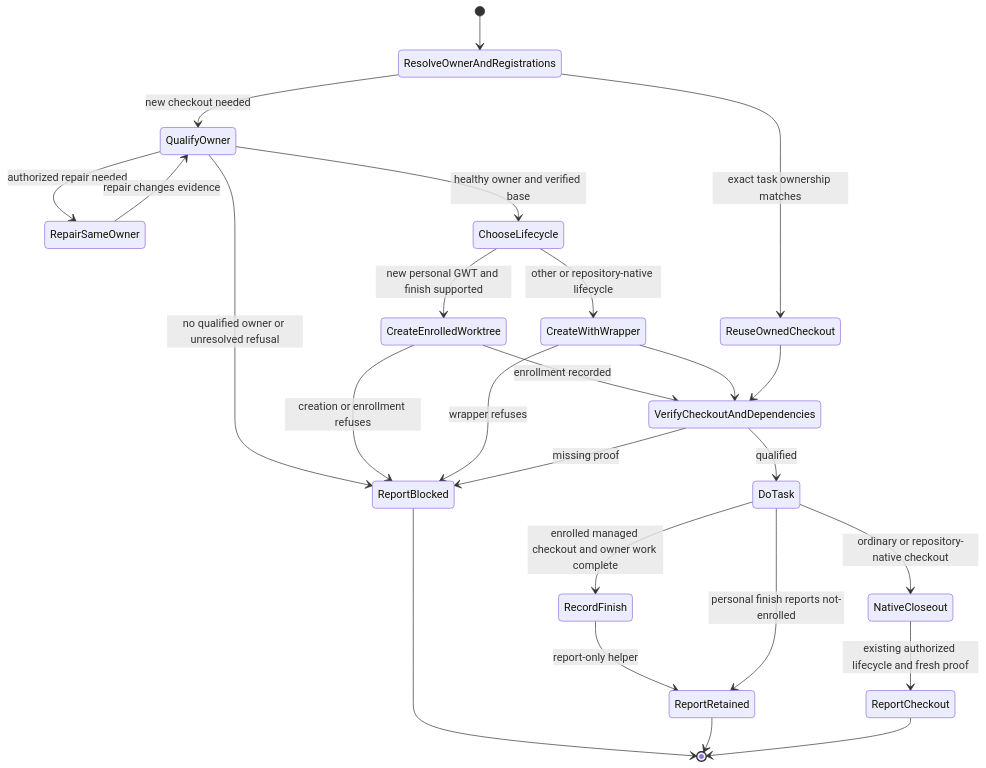
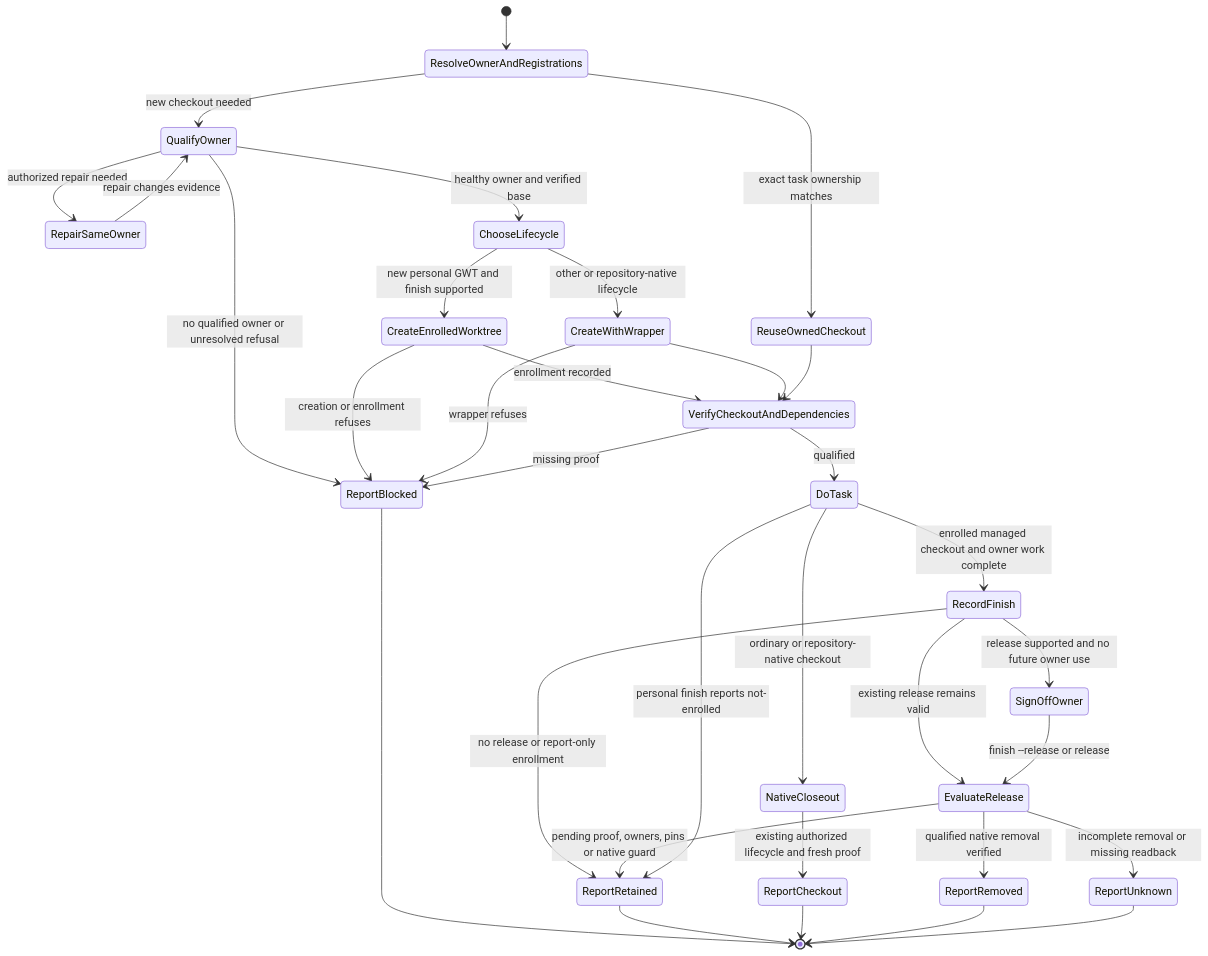
The diagram in skills/operations-worktree/SKILL.md (vincentkoc/dotskills), drawn with Mermaid before and after one commit. The commit also changed other lines of this file and 2 other files, not shown here.

First line of the commit message:
fix(skills): avoid symlink reads and document worktree release (#60)

````diff
--- a/skills/operations-worktree/SKILL.md
+++ b/skills/operations-worktree/SKILL.md
@@ -125,27 +152,35 @@
 ```mermaid
 stateDiagram-v2
     [*] --> ResolveOwnerAndRegistrations
     ResolveOwnerAndRegistrations --> ReuseOwnedCheckout: exact task ownership matches
     ResolveOwnerAndRegistrations --> QualifyOwner: new checkout needed
     QualifyOwner --> RepairSameOwner: authorized repair needed
     RepairSameOwner --> QualifyOwner: repair changes evidence
     QualifyOwner --> ReportBlocked: no qualified owner or unresolved refusal
     QualifyOwner --> ChooseLifecycle: healthy owner and verified base
     ChooseLifecycle --> CreateEnrolledWorktree: new personal GWT and finish supported
     ChooseLifecycle --> CreateWithWrapper: other or repository-native lifecycle
     CreateEnrolledWorktree --> VerifyCheckoutAndDependencies: enrollment recorded
     CreateEnrolledWorktree --> ReportBlocked: creation or enrollment refuses
     CreateWithWrapper --> VerifyCheckoutAndDependencies
     CreateWithWrapper --> ReportBlocked: wrapper refuses
     ReuseOwnedCheckout --> VerifyCheckoutAndDependencies
     VerifyCheckoutAndDependencies --> DoTask: qualified
     VerifyCheckoutAndDependencies --> ReportBlocked: missing proof
     DoTask --> RecordFinish: enrolled managed checkout and owner work complete
-    RecordFinish --> ReportRetained: report-only helper
+    RecordFinish --> ReportRetained: no release or report-only enrollment
+    RecordFinish --> SignOffOwner: release supported and no future owner use
+    RecordFinish --> EvaluateRelease: existing release remains valid
+    SignOffOwner --> EvaluateRelease: finish --release or release
+    EvaluateRelease --> ReportRetained: pending proof, owners, pins or native guard
+    EvaluateRelease --> ReportRemoved: qualified native removal verified
+    EvaluateRelease --> ReportUnknown: incomplete removal or missing readback
     DoTask --> ReportRetained: personal finish reports not-enrolled
     DoTask --> NativeCloseout: ordinary or repository-native checkout
     NativeCloseout --> ReportCheckout: existing authorized lifecycle and fresh proof
     ReportBlocked --> [*]
     ReportRetained --> [*]
     ReportCheckout --> [*]
+    ReportRemoved --> [*]
+    ReportUnknown --> [*]
 ```
````
